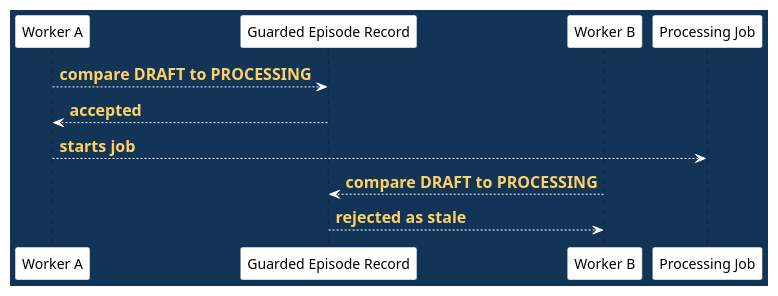
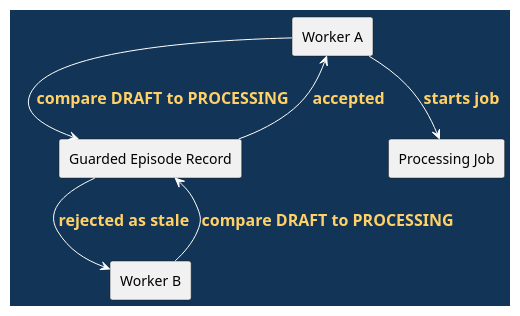
Before and after one commit to madajaju/CS5254: the ninth of 11 diagrams in doc/lectures/week4/object_ownership/README.slides.adoc, drawn with PlantUML. The commit also changed other lines of this file and 74 other files, not shown here.

```diff
--- a/doc/lectures/week4/object_ownership/README.slides.adoc
+++ b/doc/lectures/week4/object_ownership/README.slides.adoc
@@ -355,28 +355,28 @@
 [plantuml,corrected-guarded-transition,svg,width=100%]
 ----
 @startuml
 skinparam BackgroundColor #123456
 skinparam DefaultFontColor black
 skinparam ArrowColor white
 skinparam ArrowFontColor #ffd166
 skinparam ArrowFontStyle bold
 skinparam ArrowFontSize 16
 skinparam LifeLineBorderColor white
 skinparam LifeLineBackgroundColor white
 skinparam ParticipantBorderColor #123456
 skinparam ParticipantBackgroundColor white
 skinparam ParticipantFontColor black
 skinparam shadowing false
 
-participant "Worker A" as A
-participant "Guarded Episode Record" as R
-participant "Worker B" as B
-participant "Processing Job" as J
+rectangle "Worker A" as A
+rectangle "Guarded Episode Record" as R
+rectangle "Worker B" as B
+rectangle "Processing Job" as J
 
 A --> R : compare DRAFT to PROCESSING
 R --> A : accepted
 A --> J : starts job
 B --> R : compare DRAFT to PROCESSING
 R --> B : rejected as stale
 @enduml
 ----
```
